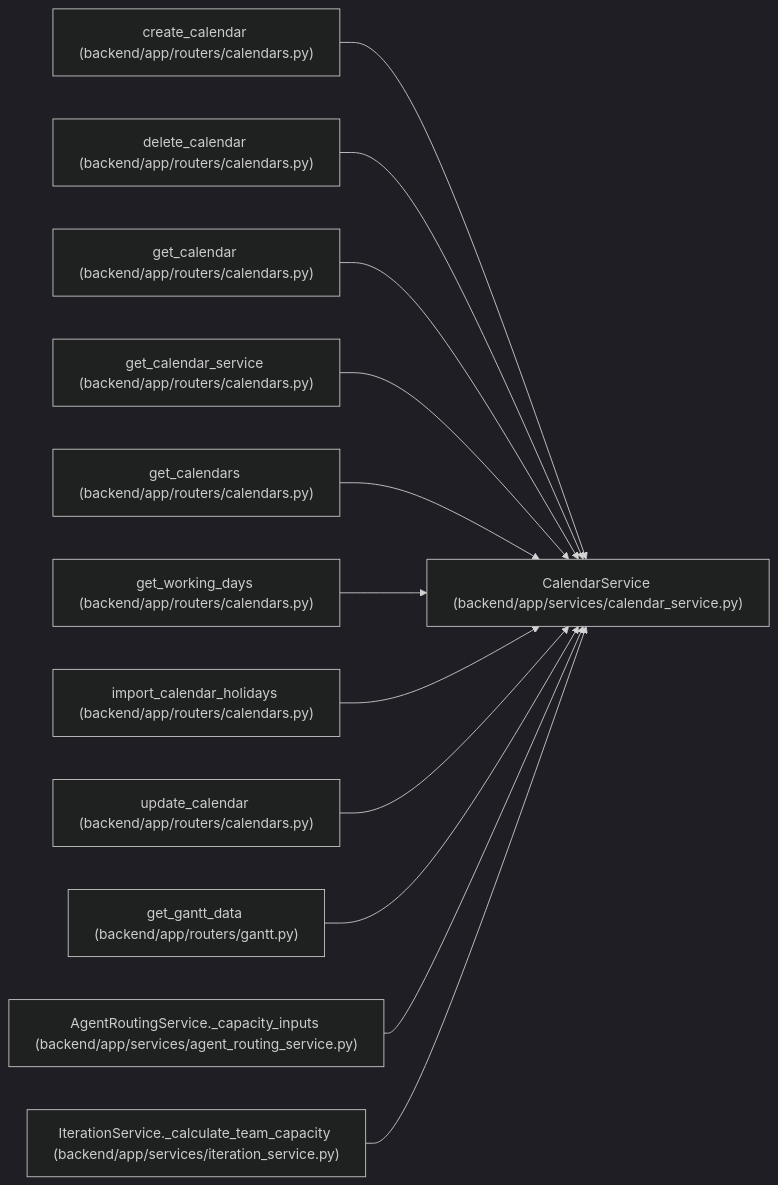
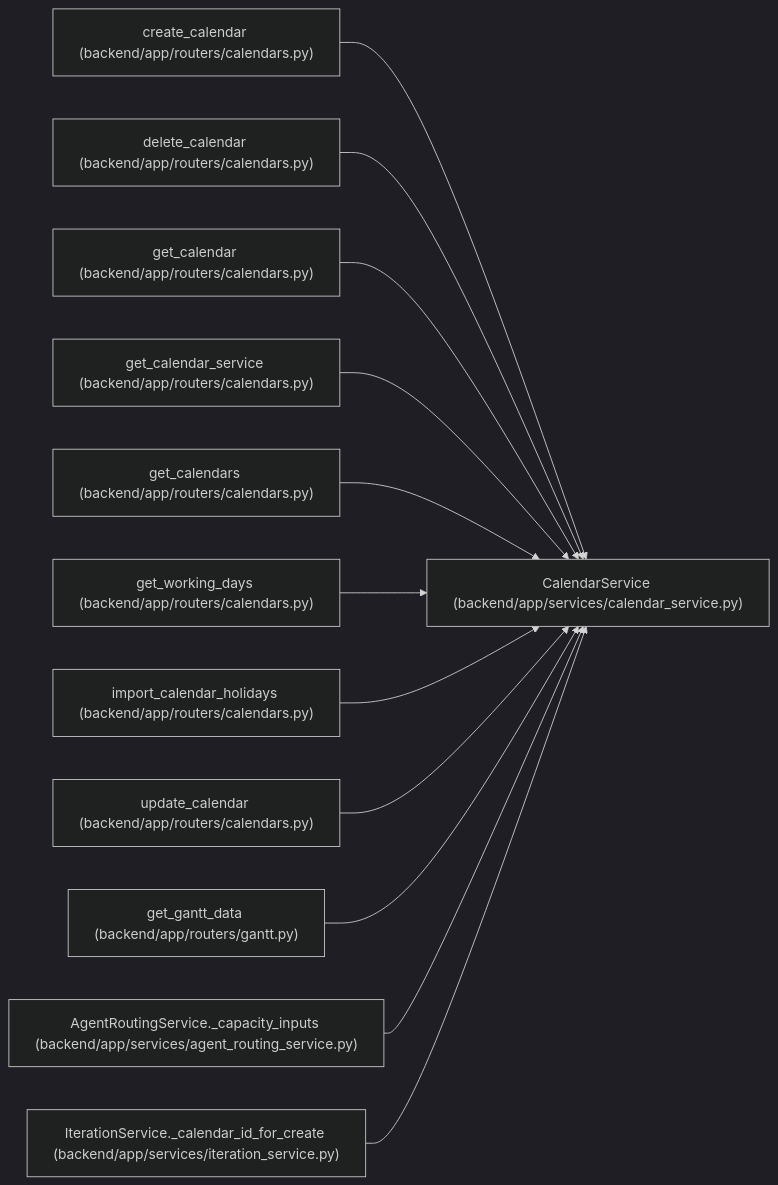
Before and after one commit to Denissvgn/WorkChord: the diagram in docs/llm_wiki/entities/CalendarService.md, drawn with Mermaid (dark theme). The commit also changed other lines of this file and 10148 other files, not shown here.

````diff
--- a/docs/llm_wiki/entities/CalendarService.md
+++ b/docs/llm_wiki/entities/CalendarService.md
@@ -37,38 +37,38 @@
 ```mermaid
 flowchart LR
     n0["CalendarService (backend/app/services/calendar_service.py)"]
     n1["create_calendar (backend/app/routers/calendars.py)"]
     n2["delete_calendar (backend/app/routers/calendars.py)"]
     n3["get_calendar (backend/app/routers/calendars.py)"]
     n4["get_calendar_service (backend/app/routers/calendars.py)"]
     n5["get_calendars (backend/app/routers/calendars.py)"]
     n6["get_working_days (backend/app/routers/calendars.py)"]
     n7["import_calendar_holidays (backend/app/routers/calendars.py)"]
     n8["update_calendar (backend/app/routers/calendars.py)"]
     n9["get_gantt_data (backend/app/routers/gantt.py)"]
     n10["AgentRoutingService._capacity_inputs (backend/app/services/agent_routing_service.py)"]
-    n11["IterationService._calculate_team_capacity (backend/app/services/iteration_service.py)"]
+    n11["IterationService._calendar_id_for_create (backend/app/services/iteration_service.py)"]
     n1 --> n0
     n2 --> n0
     n3 --> n0
     n4 --> n0
     n5 --> n0
     n6 --> n0
     n7 --> n0
     n8 --> n0
     n9 --> n0
     n10 --> n0
     n11 --> n0
     click n0 "../modules/calendar_service.md"
     click n1 "../modules/calendars.md"
     click n2 "../modules/calendars.md"
     click n3 "../modules/calendars.md"
     click n4 "../modules/calendars.md"
     click n5 "../modules/calendars.md"
     click n6 "../modules/calendars.md"
     click n7 "../modules/calendars.md"
     click n8 "../modules/calendars.md"
     click n9 "../modules/routers_gantt.md"
     click n10 "../modules/agent_routing_service.md"
     click n11 "../modules/iteration_service.md"
 ```
````
